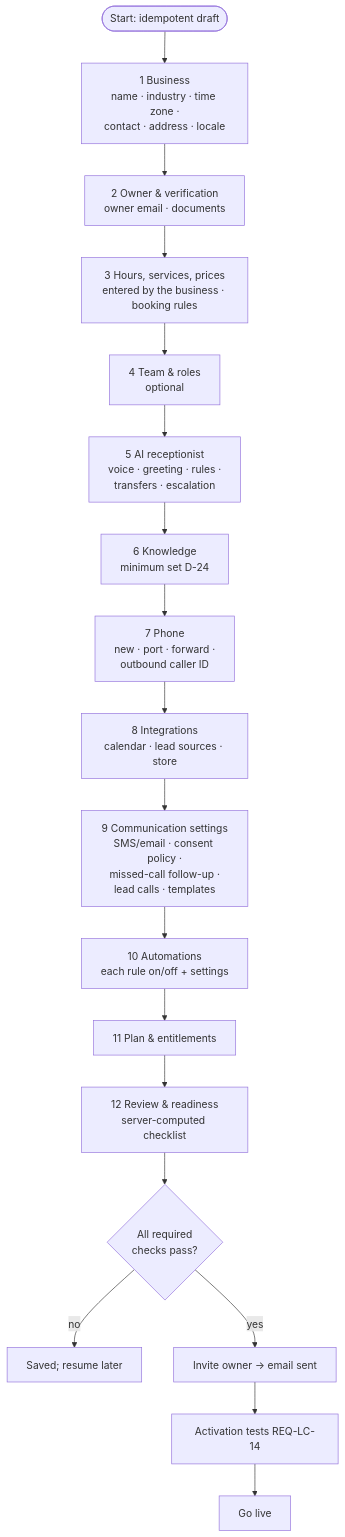
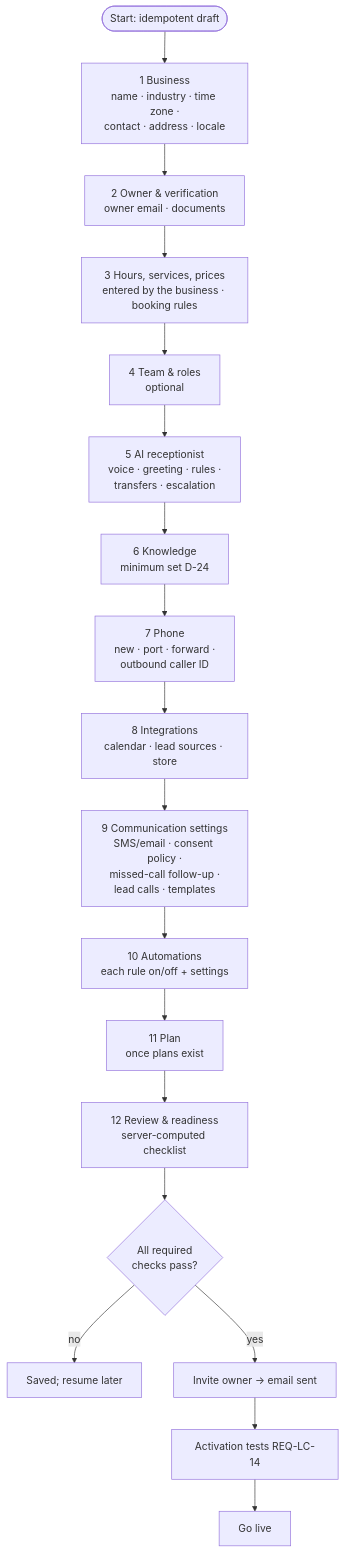
Diagram 20 of 21 in docs/ARCHITECTURE.md (singhdhruv525-source/Zella-AI), drawn with Mermaid before and after one commit. The commit also changed other lines of this file and 1 other file, not shown here.

First line of the commit message:
Architecture: multi-tenant isolation, team-created businesses, target-only design

````diff
--- a/docs/ARCHITECTURE.md
+++ b/docs/ARCHITECTURE.md
@@ -1164,18 +1497,18 @@
 ```mermaid
 flowchart TD
   s([Start: idempotent draft]) --> b[1 Business<br/>name · industry · time zone ·<br/>contact · address · locale]
   b --> o[2 Owner & verification<br/>owner email · documents]
   o --> h[3 Hours, services, prices<br/>entered by the business · booking rules]
   h --> t[4 Team & roles<br/>optional]
   t --> r[5 AI receptionist<br/>voice · greeting · rules ·<br/>transfers · escalation]
   r --> k[6 Knowledge<br/>minimum set D-24]
   k --> p[7 Phone<br/>new · port · forward ·<br/>outbound caller ID]
   p --> i[8 Integrations<br/>calendar · lead sources · store]
   i --> c[9 Communication settings<br/>SMS/email · consent policy ·<br/>missed-call follow-up ·<br/>lead calls · templates]
   c --> a[10 Automations<br/>each rule on/off + settings]
-  a --> pl[11 Plan & entitlements]
+  a --> pl[11 Plan<br/>once plans exist]
   pl --> rv[12 Review & readiness<br/>server-computed checklist]
   rv --> act{All required<br/>checks pass?}
   act -- no --> save[Saved; resume later]
   act -- yes --> inv[Invite owner → email sent] --> test[Activation tests REQ-LC-14] --> live[Go live]
 ```
````
